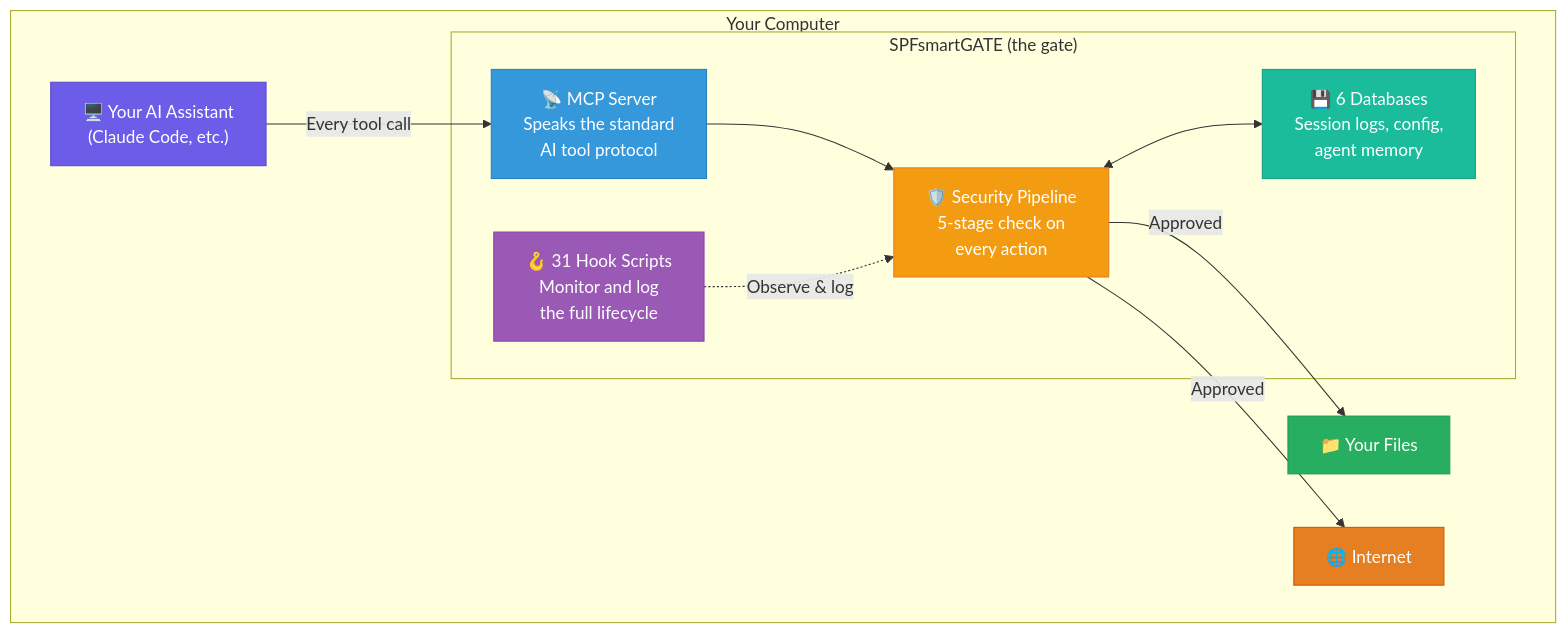
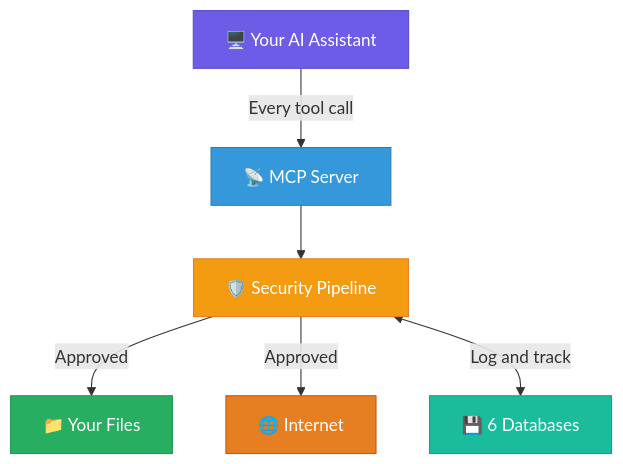
Before and after one commit to mvalancy/SPFsmartGATE: the third of 3 diagrams in README.md, drawn with Mermaid. The commit also changed other lines of this file, not shown here.

First line of the commit message:
Fix mermaid diagram overlap issues

````diff
--- a/README.md
+++ b/README.md
@@ -142,29 +120,15 @@
 ```mermaid
-graph TB
-    subgraph "Your Computer"
-        subgraph "SPFsmartGATE (the gate)"
-            MCP["📡 MCP Server<br/>Speaks the standard<br/>AI tool protocol"]
-            GATE["🛡️ Security Pipeline<br/>5-stage check on<br/>every action"]
-            DB["💾 6 Databases<br/>Session logs, config,<br/>agent memory"]
-            HOOKS["🪝 31 Hook Scripts<br/>Monitor and log<br/>the full lifecycle"]
-        end
-        CLI["🖥️ Your AI Assistant<br/>(Claude Code, etc.)"]
-        FS["📁 Your Files"]
-        WEB["🌐 Internet"]
-    end
-
-    CLI -->|"Every tool call"| MCP
-    MCP --> GATE
-    GATE -->|"Approved"| FS
-    GATE -->|"Approved"| WEB
-    GATE <--> DB
-    HOOKS -.->|"Observe & log"| GATE
+graph TD
+    CLI["🖥️ Your AI Assistant"] -->|"Every tool call"| MCP["📡 MCP Server"]
+    MCP --> GATE["🛡️ Security Pipeline"]
+    GATE -->|"Approved"| FS["📁 Your Files"]
+    GATE -->|"Approved"| WEB["🌐 Internet"]
+    GATE <-->|"Log and track"| DB["💾 6 Databases"]
 
     style CLI fill:#6C5CE7,stroke:#5A4BD1,color:#fff
     style MCP fill:#3498DB,stroke:#2980B9,color:#fff
     style GATE fill:#F39C12,stroke:#E67E22,color:#fff
     style DB fill:#1ABC9C,stroke:#16A085,color:#fff
-    style HOOKS fill:#9B59B6,stroke:#8E44AD,color:#fff
     style FS fill:#27AE60,stroke:#219A52,color:#fff
     style WEB fill:#E67E22,stroke:#D35400,color:#fff
 ```
````
